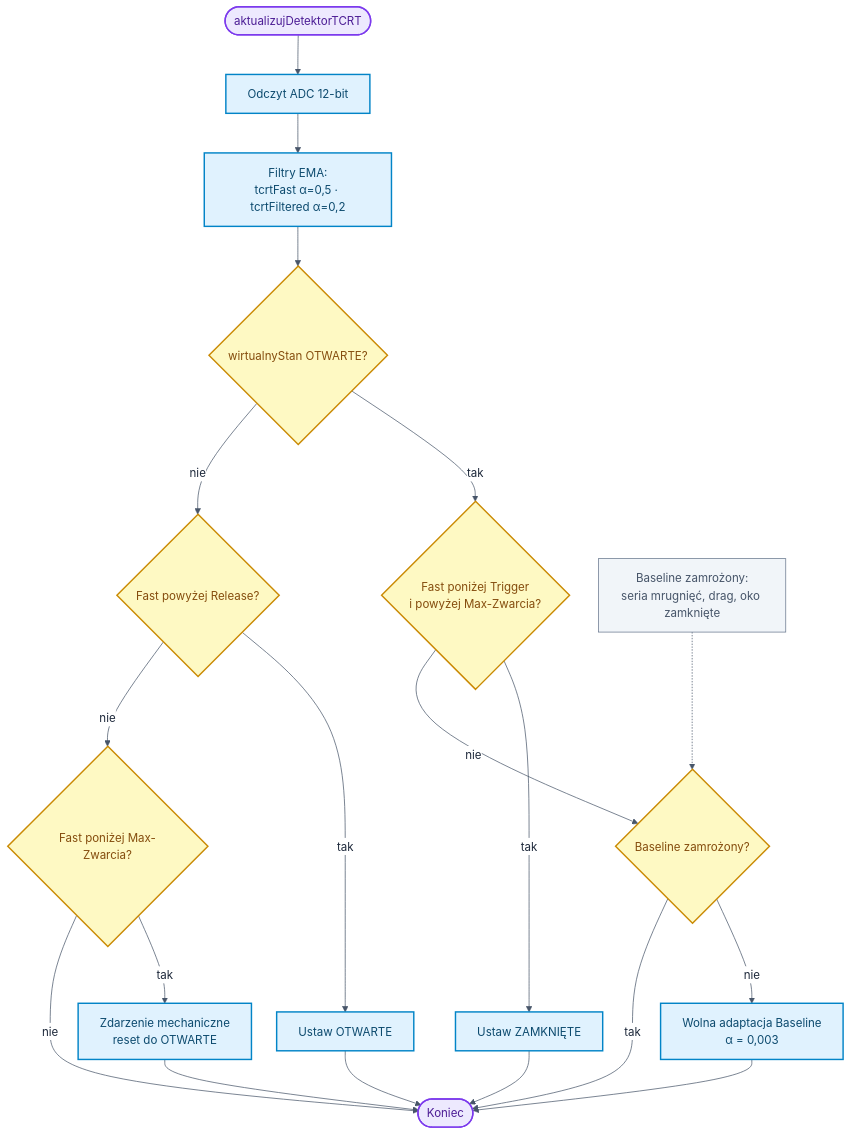
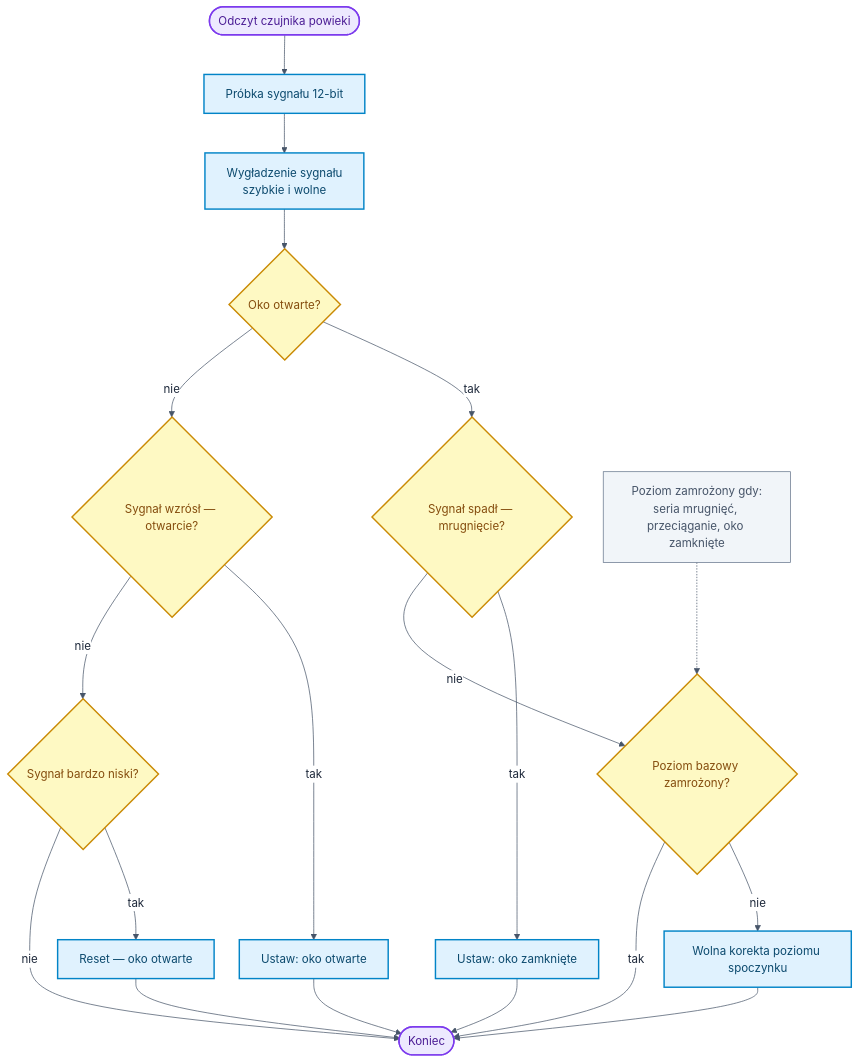
One commit to bartkadres-ai/HEFAS-4.0 changed the seventh of 10 diagrams in README.md. Above: the diagram before and after it, drawn with Mermaid. The commit also changed other lines of this file, not shown here.

````diff
--- a/README.md
+++ b/README.md
@@ -507,36 +507,36 @@
 ```mermaid
-%%{init: {'theme':'base','themeVariables':{'background':'#ffffff','mainBkg':'#ffffff','primaryColor':'#ffffff','primaryTextColor':'#1e293b','primaryBorderColor':'#64748b','lineColor':'#475569','edgeLabelBackground':'#ffffff'},'flowchart':{'curve':'basis','nodeSpacing':35,'rankSpacing':55}}}%%
+%%{init: {"theme":"base","themeVariables":{"background":"#ffffff","mainBkg":"#ffffff","secondaryColor":"#ffffff","tertiaryColor":"#ffffff","primaryColor":"#ffffff","primaryTextColor":"#1e293b","secondaryTextColor":"#1e293b","tertiaryTextColor":"#1e293b","primaryBorderColor":"#64748b","lineColor":"#475569","clusterBkg":"#f8fafc","clusterBorder":"#cbd5e1","edgeLabelBackground":"#ffffff","textColor":"#1e293b","noteBkgColor":"#f8fafc","noteTextColor":"#475569"},"themeCSS":".mermaid,.mermaid svg{background-color:#ffffff!important;padding:8px}.nodeLabel,.edgeLabel,.label,.cluster-label{color:#1e293b!important}.cluster rect{fill:#f8fafc!important;stroke:#cbd5e1!important}","flowchart":{"curve":"basis","nodeSpacing":35,"rankSpacing":55}}}%%
 flowchart TD
-    A([aktualizujDetektorTCRT]) --> ADC[Odczyt ADC 12-bit]
-    ADC --> EMA["Filtry EMA:<br/>tcrtFast α=0,5 · tcrtFiltered α=0,2"]
+    A([Odczyt czujnika powieki]) --> ADC[Próbka sygnału 12-bit]
+    ADC --> EMA["Wygładzenie sygnału<br/>szybkie i wolne"]
 
-    EMA --> OTW{wirtualnyStan OTWARTE?}
+    EMA --> OTW{Oko otwarte?}
 
-    OTW -->|tak| TRIG{Fast poniżej Trigger<br/>i powyżej Max-Zwarcia?}
-    TRIG -->|tak| ZAM[Ustaw ZAMKNIĘTE]
-    TRIG -->|nie| FRZ{Baseline zamrożony?}
-    FRZ -->|nie| ADAPT["Wolna adaptacja Baseline<br/>α = 0,003"]
+    OTW -->|tak| TRIG{Sygnał spadł — mrugnięcie?}
+    TRIG -->|tak| ZAM[Ustaw: oko zamknięte]
+    TRIG -->|nie| FRZ{Poziom bazowy zamrożony?}
+    FRZ -->|nie| ADAPT[Wolna korekta poziomu spoczynku]
     FRZ -->|tak| KON
 
-    OTW -->|nie| REL{Fast powyżej Release?}
-    REL -->|tak| OOTW[Ustaw OTWARTE]
-    REL -->|nie| MECH{Fast poniżej Max-Zwarcia?}
-    MECH -->|tak| MECHR["Zdarzenie mechaniczne<br/>reset do OTWARTE"]
+    OTW -->|nie| REL{Sygnał wzrósł — otwarcie?}
+    REL -->|tak| OOTW[Ustaw: oko otwarte]
+    REL -->|nie| MECH{Sygnał bardzo niski?}
+    MECH -->|tak| MECHR[Reset — oko otwarte]
     MECH -->|nie| KON
 
     ZAM --> KON([Koniec])
     ADAPT --> KON
     OOTW --> KON
     MECHR --> KON
 
-    NOTE["Baseline zamrożony:<br/>seria mrugnięć, drag, oko zamknięte"] -.-> FRZ
+    NOTE["Poziom zamrożony gdy:<br/>seria mrugnięć, przeciąganie, oko zamknięte"] -.-> FRZ
 
     classDef startEnd fill:#ede9fe,stroke:#7c3aed,stroke-width:2px,color:#4c1d95
     classDef process fill:#e0f2fe,stroke:#0284c7,stroke-width:2px,color:#0c4a6e
     classDef decision fill:#fef9c3,stroke:#ca8a04,stroke-width:2px,color:#854d0e
     classDef note fill:#f1f5f9,stroke:#64748b,stroke-width:1px,color:#475569
     class A,KON startEnd
     class ADC,EMA,ZAM,ADAPT,OOTW,MECHR process
     class OTW,TRIG,FRZ,REL,MECH decision
     class NOTE note
 ```
````
